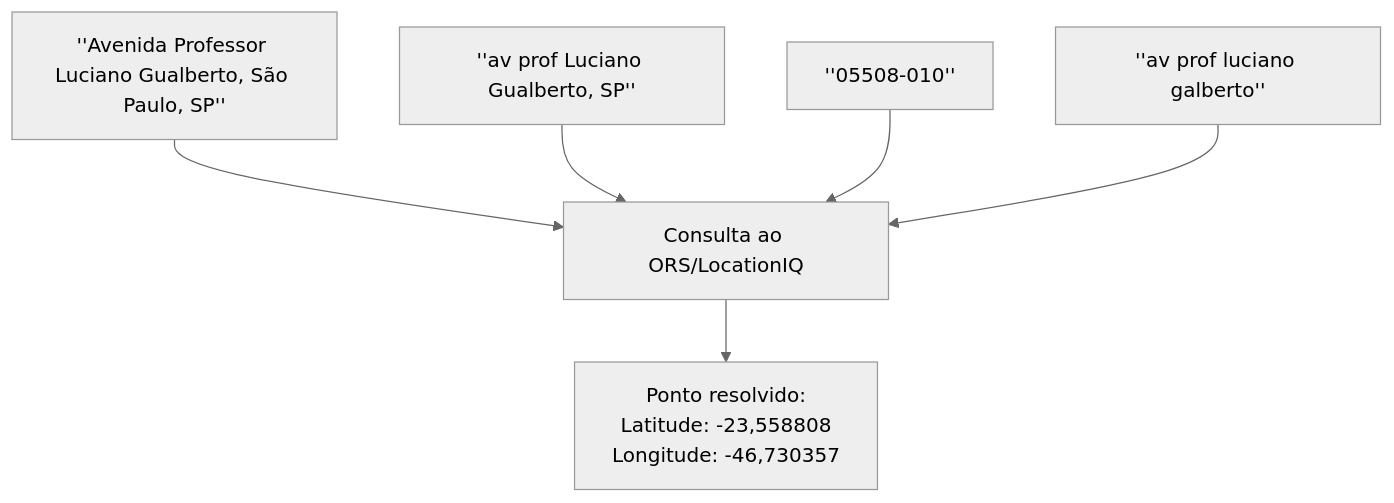
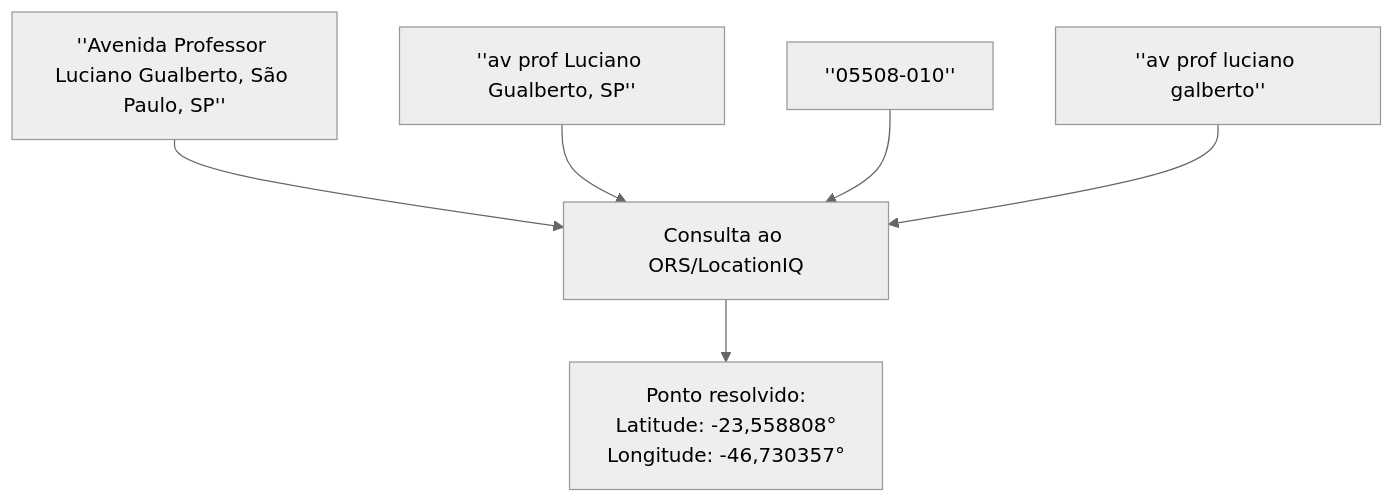
Before and after one commit to pennylanesccp/cabotage-lens: the second of 8 diagrams in docs/tf_technical_article_draft.md, drawn with Mermaid (neutral theme). The commit also changed other lines of this file, not shown here.

````diff
--- a/docs/tf_technical_article_draft.md
+++ b/docs/tf_technical_article_draft.md
@@ -493,8 +495,8 @@
 ```mermaid
 flowchart TB
     A["''Avenida Professor Luciano Gualberto, São Paulo, SP''"] --> O["Consulta ao ORS/LocationIQ"]
     B["''av prof Luciano Gualberto, SP''"] --> O
     C["''05508-010''"] --> O
     D["''av prof luciano galberto''"] --> O
-    O -->R["Ponto resolvido:<br/>Latitude: -23,558808<br/>Longitude: -46,730357"]
+    O -->R["Ponto resolvido:<br/>Latitude: -23,558808°<br/>Longitude: -46,730357°"]
 ```
````
